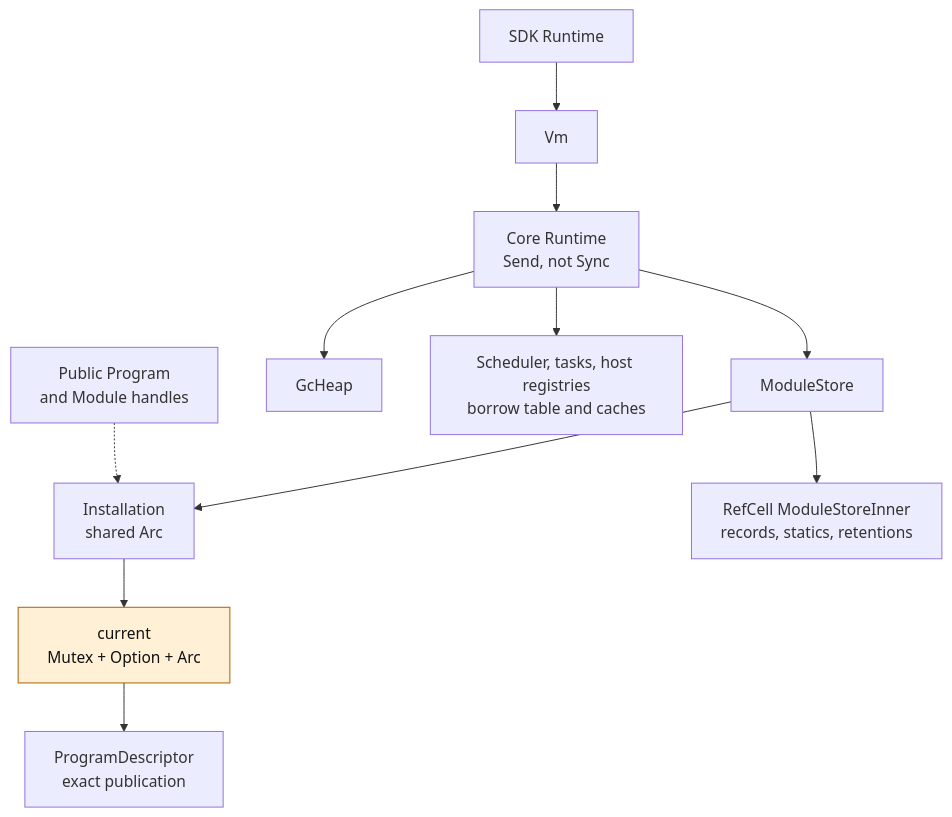
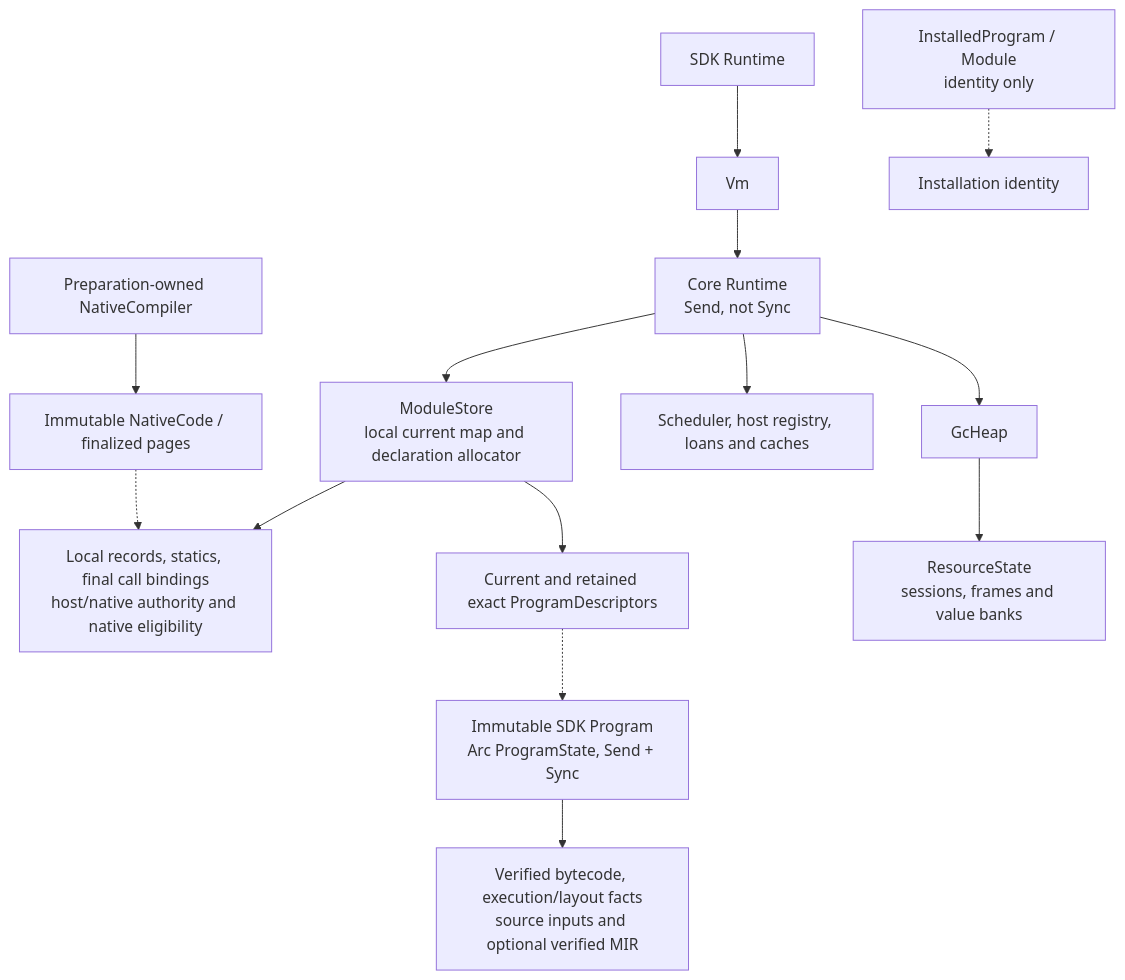
One commit to kagari-lang/kagari changed the first of 3 diagrams in docs/architecture/runtime.md. Above: the diagram before and after it, drawn with Mermaid. The commit also changed other lines of this file and 27 other files, not shown here.

````diff
--- a/docs/architecture/runtime.md
+++ b/docs/architecture/runtime.md
@@ -58,15 +13,16 @@
 ```mermaid
 flowchart TD
+    PRODUCT["Immutable SDK Program<br/>Arc ProgramState, Send + Sync"] --> CODE["Verified bytecode, execution/layout facts<br/>source inputs and optional verified MIR"]
     SDK["SDK Runtime"] --> VM["Vm"]
     VM --> RT["Core Runtime<br/>Send, not Sync"]
-    RT --> MS["ModuleStore"]
-    MS --> IN["Installation<br/>shared Arc"]
-    IN --> CUR["current<br/>Mutex + Option + Arc"]
-    CUR --> PD["ProgramDescriptor<br/>exact publication"]
-    MS --> REC["RefCell ModuleStoreInner<br/>records, statics, retentions"]
+    RT --> STORE["ModuleStore<br/>local current map and declaration allocator"]
+    STORE --> RECORD["Local records, statics, final call bindings<br/>host/native authority and native eligibility"]
+    STORE --> DESC["Current and retained exact ProgramDescriptors"]
+    DESC -.-> PRODUCT
+    HANDLE["InstalledProgram / Module<br/>identity only"] -.-> ID["Installation identity"]
     RT --> GC["GcHeap"]
-    RT --> SERVICE["Scheduler, tasks, host registries<br/>borrow table and caches"]
-    HANDLE["Public Program<br/>and Module handles"] -.-> IN
-    classDef inspect fill:#fff0d6,stroke:#a65f00,color:#111;
-    class CUR inspect;
+    GC --> RESOURCE["ResourceState<br/>sessions, frames and value banks"]
+    RT --> SERVICE["Scheduler, host registry, loans and caches"]
+    COMPILER["Preparation-owned NativeCompiler"] --> PAGES["Immutable NativeCode / finalized pages"]
+    PAGES -.-> RECORD
 ```
````
